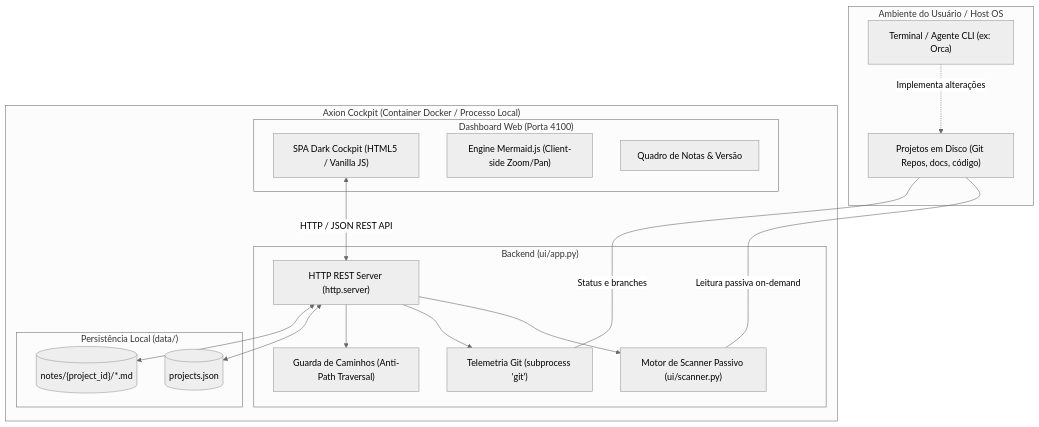
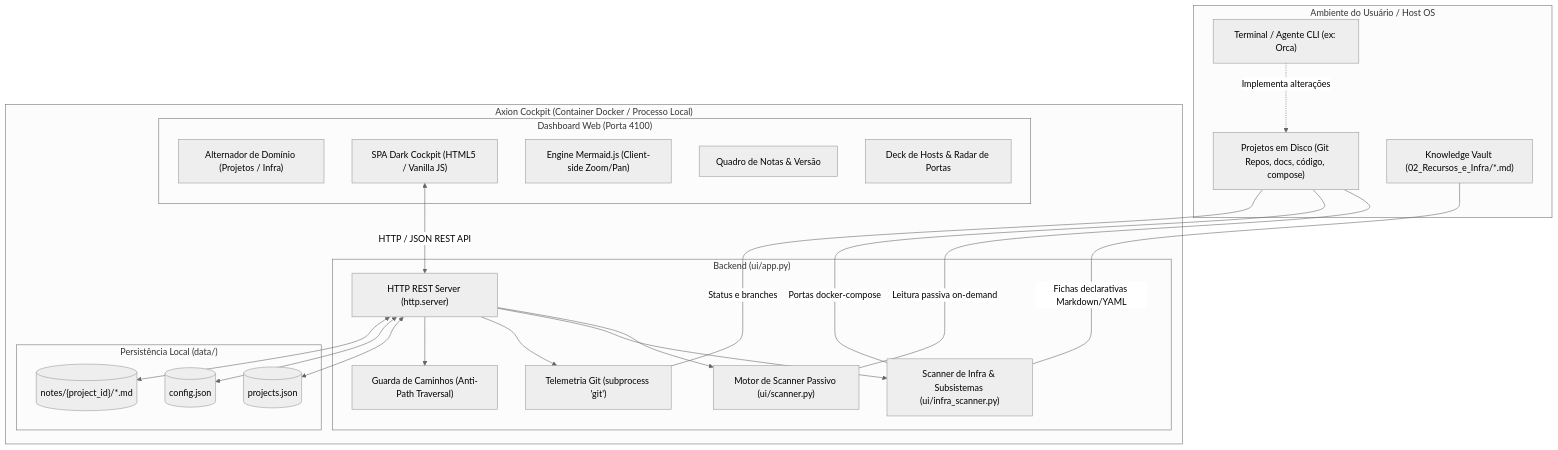
Before and after one commit to sandrofreitas-web/axion-cockpit: the first of 3 diagrams in docs/ARCHITECTURE.md, drawn with Mermaid (neutral theme). The commit also changed 16 other files, not shown here.

First line of the commit message:
feat(infra): catalogar infraestrutura passiva do vault e radar de colisao de portas

````diff
--- a/docs/ARCHITECTURE.md
+++ b/docs/ARCHITECTURE.md
@@ -29,37 +29,46 @@
 ```mermaid
 flowchart TD
     subgraph Host ["Ambiente do Usuário / Host OS"]
         TerminalCLI["Terminal / Agente CLI (ex: Orca)"]
-        ProjectsDir["Projetos em Disco (Git Repos, docs, código)"]
+        ProjectsDir["Projetos em Disco (Git Repos, docs, código, compose)"]
+        VaultDir["Knowledge Vault (02_Recursos_e_Infra/*.md)"]
     end
 
     subgraph Axion_Container ["Axion Cockpit (Container Docker / Processo Local)"]
         subgraph WebClient ["Dashboard Web (Porta 4100)"]
+            TopbarDomains["Alternador de Domínio (Projetos / Infra)"]
             SPA["SPA Dark Cockpit (HTML5 / Vanilla JS)"]
             MermaidEngine["Engine Mermaid.js (Client-side Zoom/Pan)"]
             KanbanNotes["Quadro de Notas & Versão"]
+            InfraDeck["Deck de Hosts & Radar de Portas"]
         end
 
         subgraph CoreBackend ["Backend (ui/app.py)"]
             RESTServer["HTTP REST Server (http.server)"]
             ScannerEngine["Motor de Scanner Passivo (ui/scanner.py)"]
+            InfraEngine["Scanner de Infra & Subsistemas (ui/infra_scanner.py)"]
             GitTelemetry["Telemetria Git (subprocess 'git')"]
             SecurityGuard["Guarda de Caminhos (Anti-Path Traversal)"]
         end
 
         subgraph Storage ["Persistência Local (data/)"]
             ProjectsDB[("projects.json")]
+            ConfigDB[("config.json")]
             NotesStorage[("notes/{project_id}/*.md")]
         end
     end
 
     TerminalCLI -.->|"Implementa alterações"| ProjectsDir
     ProjectsDir <---|Leitura passiva on-demand| ScannerEngine
+    ProjectsDir <---|Portas docker-compose| InfraEngine
+    VaultDir <---|Fichas declarativas Markdown/YAML| InfraEngine
     ProjectsDir <---|Status e branches| GitTelemetry
     SPA <-->|"HTTP / JSON REST API"| RESTServer
     RESTServer --> ScannerEngine
+    RESTServer --> InfraEngine
     RESTServer --> GitTelemetry
     RESTServer --> SecurityGuard
     RESTServer <--> ProjectsDB
+    RESTServer <--> ConfigDB
     RESTServer <--> NotesStorage
 ```
````
